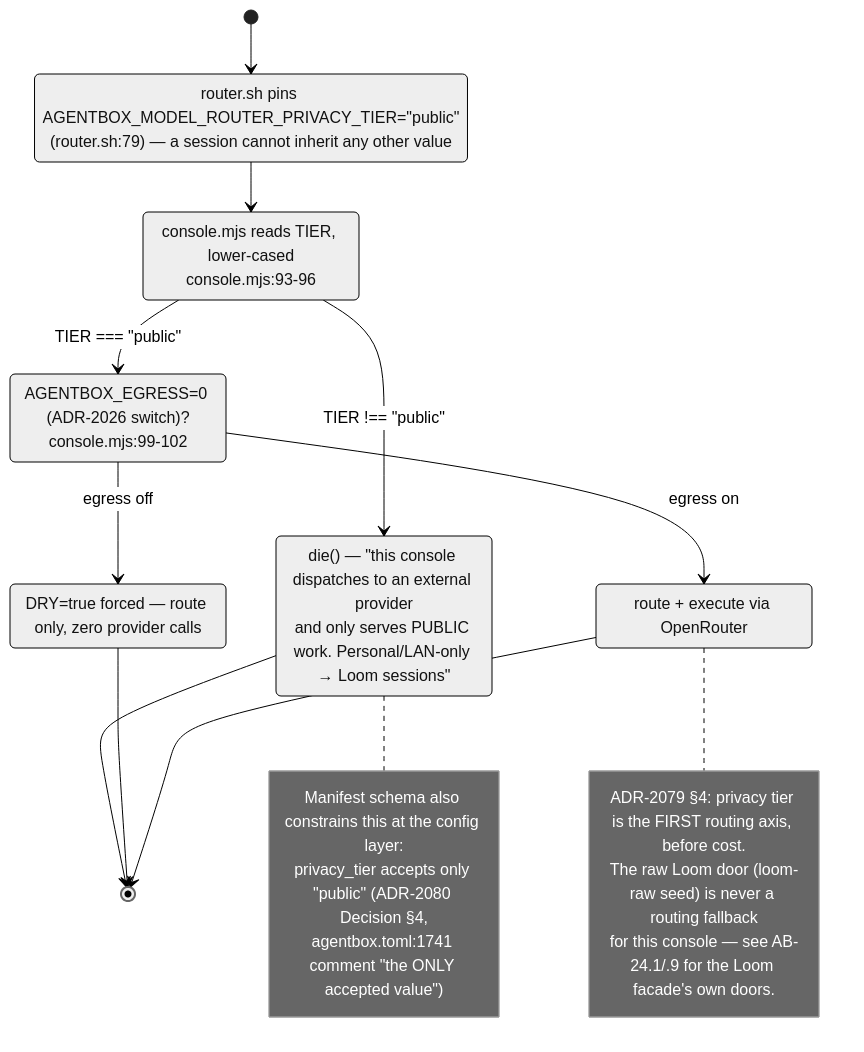
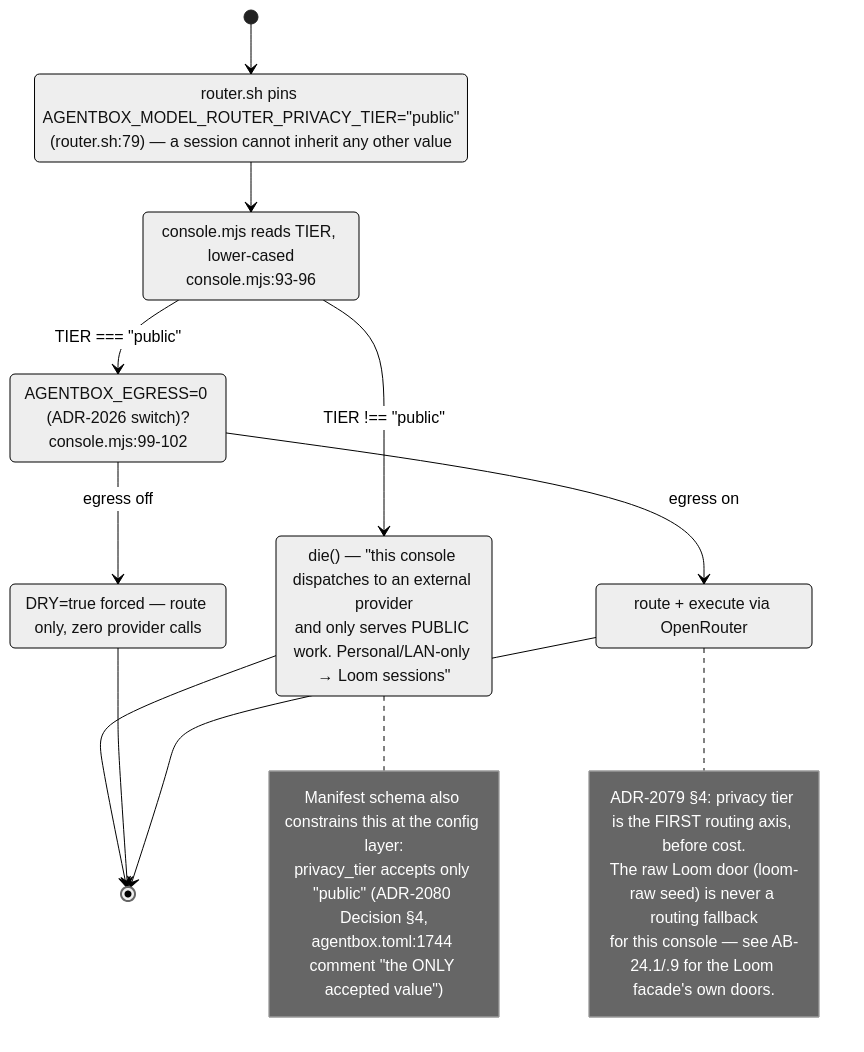
The sixth of 9 diagrams in docs/diagrams/agentbox/29-metaharness-router-console.md (DreamLab-AI/VisionFlow), drawn with Mermaid (neutral theme) before and after one commit. The commit also changed other lines of this file and 142 other files, not shown here.

First line of the commit message:
docs(diagrams): one System One route; re-verify 140 topics at today's heads

````diff
--- a/docs/diagrams/agentbox/29-metaharness-router-console.md
+++ b/docs/diagrams/agentbox/29-metaharness-router-console.md
@@ -217,28 +217,28 @@
 ```mermaid
 stateDiagram-v2
     [*] --> WrapperCheck
     WrapperCheck: router.sh pins AGENTBOX_MODEL_ROUTER_PRIVACY_TIER="public"<br/>(router.sh:79) — a session cannot inherit any other value
     WrapperCheck --> ConsoleCheck
     ConsoleCheck: console.mjs reads TIER, lower-cased<br/>console.mjs:93-96
     ConsoleCheck --> Refused: TIER !== "public"
     ConsoleCheck --> EgressCheck: TIER === "public"
     Refused: die() — "this console dispatches to an external provider<br/>and only serves PUBLIC work. Personal/LAN-only → Loom sessions"
     Refused --> [*]
     EgressCheck: AGENTBOX_EGRESS=0 (ADR-2026 switch)?<br/>console.mjs:99-102
     EgressCheck --> DryRunForced: egress off
     EgressCheck --> NormalRun: egress on
     DryRunForced: DRY=true forced — route only, zero provider calls
     NormalRun: route + execute via OpenRouter
     DryRunForced --> [*]
     NormalRun --> [*]
     note right of Refused
         Manifest schema also constrains this at the config layer:
         privacy_tier accepts only "public" (ADR-2080 Decision §4,
-        agentbox.toml:1741 comment "the ONLY accepted value")
+        agentbox.toml:1744 comment "the ONLY accepted value")
     end note
     note right of NormalRun
         ADR-2079 §4: privacy tier is the FIRST routing axis, before cost.
         The raw Loom door (loom-raw seed) is never a routing fallback
         for this console — see AB-24.1/.9 for the Loom facade's own doors.
     end note
 ```
````
